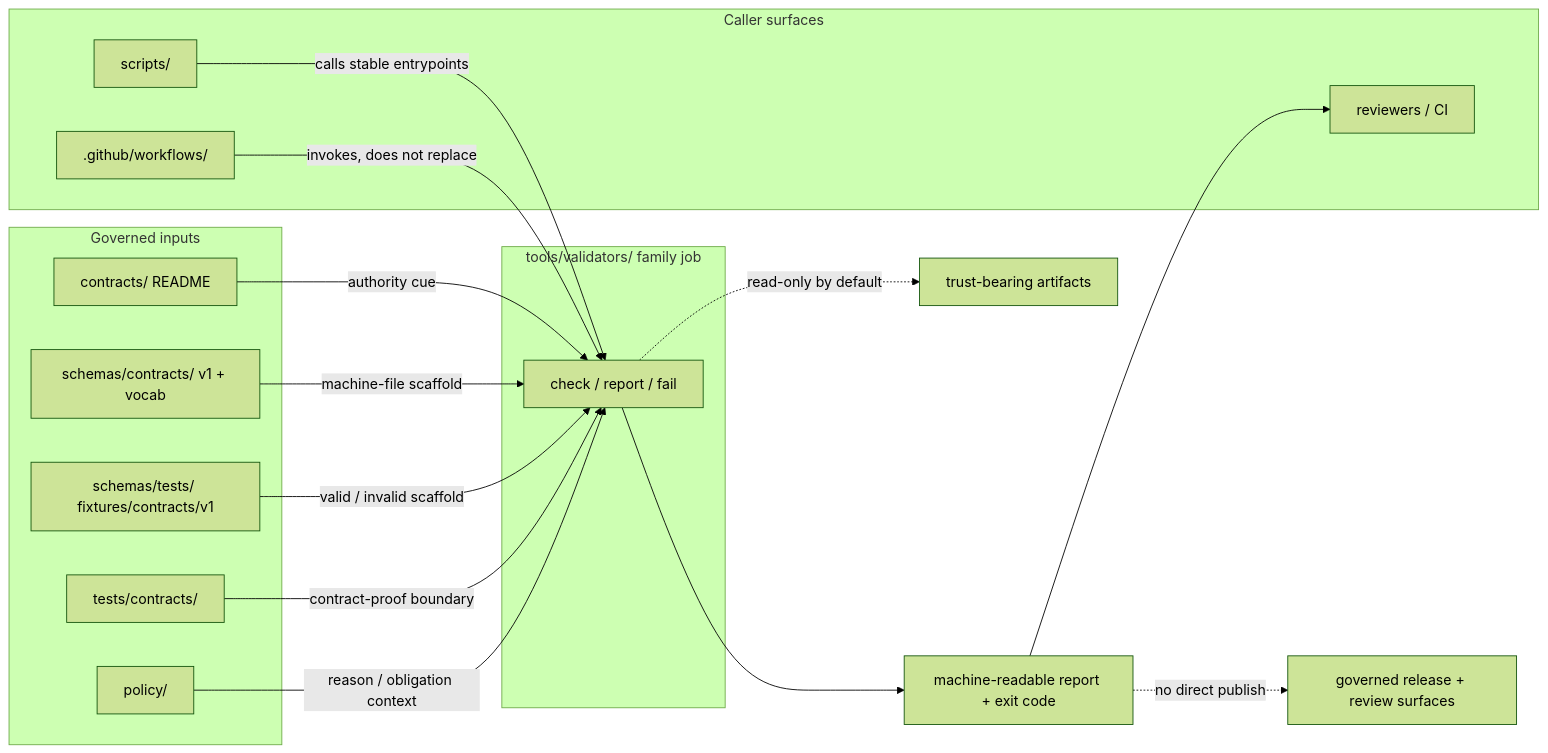
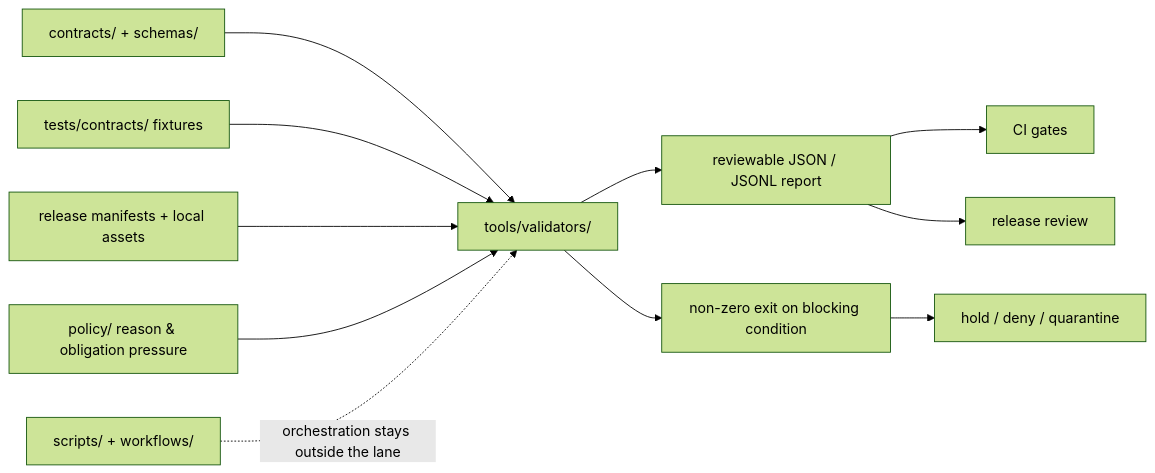
One commit to bartytime4life/Kansas-Frontier-Matrix changed the diagram in tools/validators/README.md. Above: the diagram before and after it, drawn with Mermaid (forest theme). The commit also changed other lines of this file, not shown here.

First line of the commit message:
Revise tools/validators README for clarity and updates

````diff
--- a/tools/validators/README.md
+++ b/tools/validators/README.md
@@ -425,35 +208,16 @@
 ```mermaid
 flowchart LR
-    subgraph Inputs["Governed inputs"]
-        C["contracts/ README"]
-        SC["schemas/contracts/ v1 + vocab"]
-        STF["schemas/tests/ fixtures/contracts/v1"]
-        TC["tests/contracts/"]
-        P["policy/"]
-    end
+    A[contracts/ + schemas/] --> V[tools/validators/]
+    B[tests/contracts/ fixtures] --> V
+    C[release manifests + local assets] --> V
+    D[policy/ reason & obligation pressure] --> V
 
-    subgraph Validators["tools/validators/ family job"]
-        V["check / report / fail"]
-    end
+    V --> R[reviewable JSON / JSONL report]
+    V --> X[non-zero exit on blocking condition]
 
-    subgraph Callers["Caller surfaces"]
-        S["scripts/"]
-        W[".github/workflows/"]
-        R["reviewers / CI"]
-    end
+    R --> CI[CI gates]
+    R --> RR[release review]
+    X --> HOLD[hold / deny / quarantine]
 
-    C -->|"authority cue"| V
-    SC -->|"machine-file scaffold"| V
-    STF -->|"valid / invalid scaffold"| V
-    TC -->|"contract-proof boundary"| V
-    P -->|"reason / obligation context"| V
-
-    S -->|"calls stable entrypoints"| V
-    W -->|"invokes, does not replace"| V
-
-    V --> O["machine-readable report + exit code"]
-    O --> R
-
-    V -. "read-only by default" .-> D["trust-bearing artifacts"]
-    O -. "no direct publish" .-> G["governed release + review surfaces"]
+    S[scripts/ + workflows/] -. orchestration stays outside the lane .-> V
 ```
````
